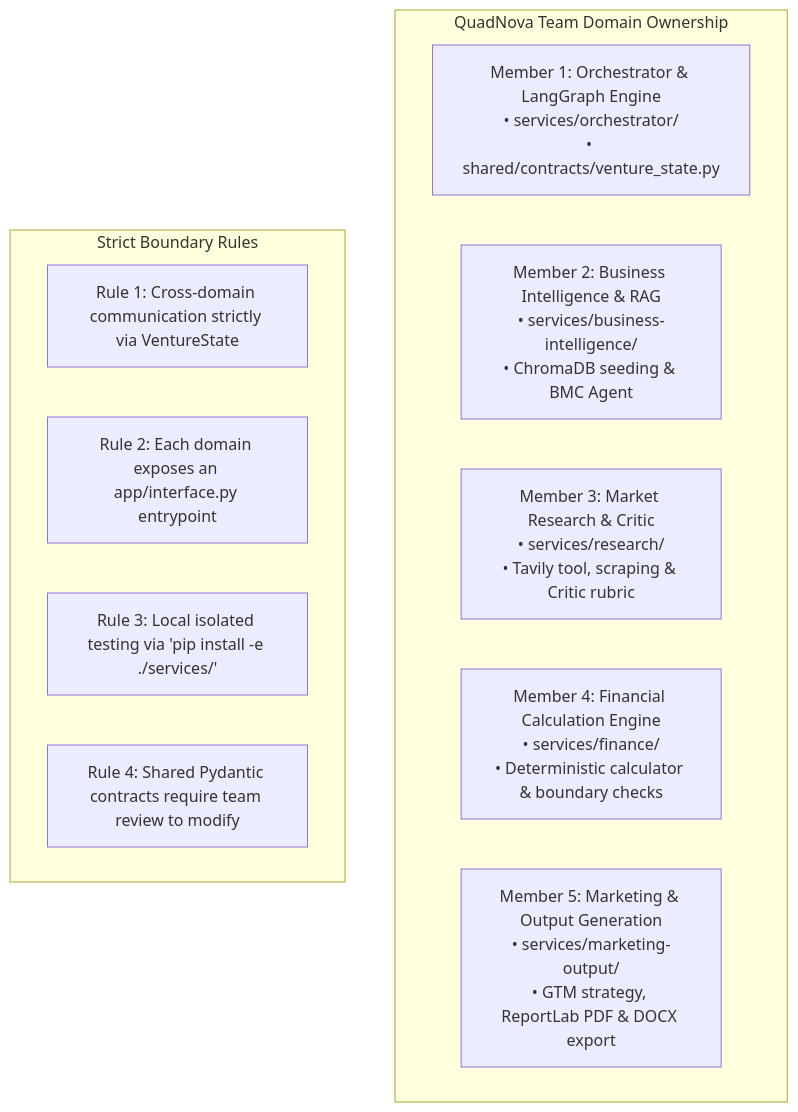
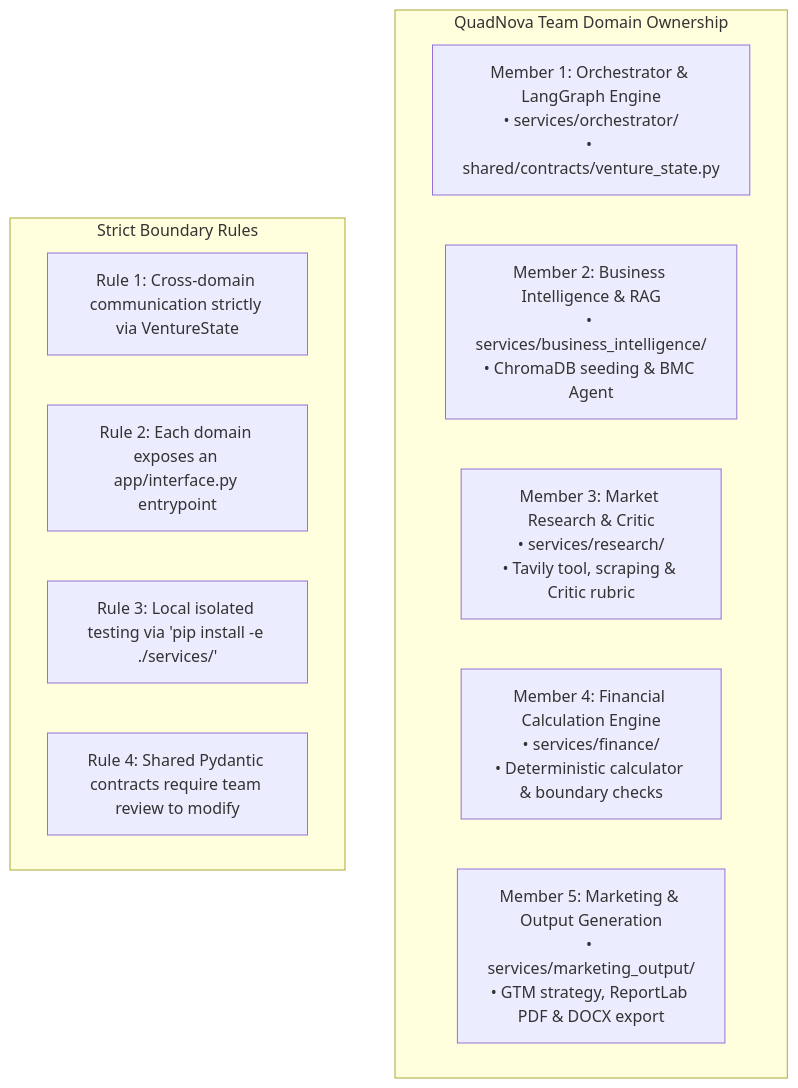
One commit to savindu-st/ai-cofounder changed diagram 12 of 12 in docs/architecture.md. Above: the diagram before and after it, drawn with Mermaid. The commit also changed other lines of this file and 1 other file, not shown here.

Commit message:
docs: update architecture references and implementation progress in TODO

````diff
--- a/docs/architecture.md
+++ b/docs/architecture.md
@@ -850,17 +850,17 @@
 ```mermaid
 graph TD
     subgraph Team_Mapping ["QuadNova Team Domain Ownership"]
         Member1["Member 1: Orchestrator & LangGraph Engine<br/>• services/orchestrator/<br/>• shared/contracts/venture_state.py"]
-        Member2["Member 2: Business Intelligence & RAG<br/>• services/business-intelligence/<br/>• ChromaDB seeding & BMC Agent"]
+        Member2["Member 2: Business Intelligence & RAG<br/>• services/business_intelligence/<br/>• ChromaDB seeding & BMC Agent"]
         Member3["Member 3: Market Research & Critic<br/>• services/research/<br/>• Tavily tool, scraping & Critic rubric"]
         Member4["Member 4: Financial Calculation Engine<br/>• services/finance/<br/>• Deterministic calculator & boundary checks"]
-        Member5["Member 5: Marketing & Output Generation<br/>• services/marketing-output/<br/>• GTM strategy, ReportLab PDF & DOCX export"]
+        Member5["Member 5: Marketing & Output Generation<br/>• services/marketing_output/<br/>• GTM strategy, ReportLab PDF & DOCX export"]
     end
 
     subgraph Boundaries ["Strict Boundary Rules"]
         Rule1["Rule 1: Cross-domain communication strictly via VentureState"]
         Rule2["Rule 2: Each domain exposes an app/interface.py entrypoint"]
         Rule3["Rule 3: Local isolated testing via 'pip install -e ./services/<domain>'"]
         Rule4["Rule 4: Shared Pydantic contracts require team review to modify"]
     end
 ```
````
